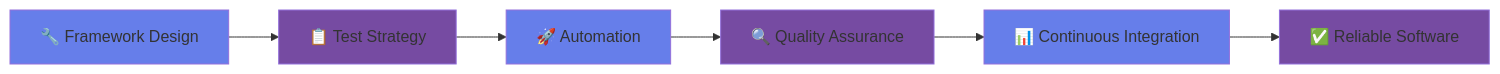
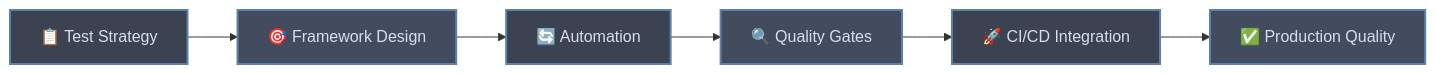
Before and after one commit to IbekweVictor/IbekweVictor: the diagram in README.md, drawn with Mermaid. The commit also changed other lines of this file, not shown here.

````diff
--- a/README.md
+++ b/README.md
@@ -204,15 +200,15 @@
 ```mermaid
 graph LR
-    A[🔧 Framework Design] --> B[📋 Test Strategy]
-    B --> C[🚀 Automation]
-    C --> D[🔍 Quality Assurance]
-    D --> E[📊 Continuous Integration]
-    E --> F[✅ Reliable Software]
+    A[📋 Test Strategy] --> B[🎯 Framework Design]
+    B --> C[🔄 Automation]
+    C --> D[🔍 Quality Gates]
+    D --> E[🚀 CI/CD Integration]
+    E --> F[✅ Production Quality]
     
-    style A fill:#667eea
-    style B fill:#764ba2
-    style C fill:#667eea
-    style D fill:#764ba2
-    style E fill:#667eea
-    style F fill:#764ba2
+    style A fill:#3B4252,stroke:#5E81AC,stroke-width:2px,color:#D8DEE9
+    style B fill:#434C5E,stroke:#5E81AC,stroke-width:2px,color:#D8DEE9
+    style C fill:#3B4252,stroke:#5E81AC,stroke-width:2px,color:#D8DEE9
+    style D fill:#434C5E,stroke:#5E81AC,stroke-width:2px,color:#D8DEE9
+    style E fill:#3B4252,stroke:#5E81AC,stroke-width:2px,color:#D8DEE9
+    style F fill:#434C5E,stroke:#5E81AC,stroke-width:2px,color:#D8DEE9
 ```
````
